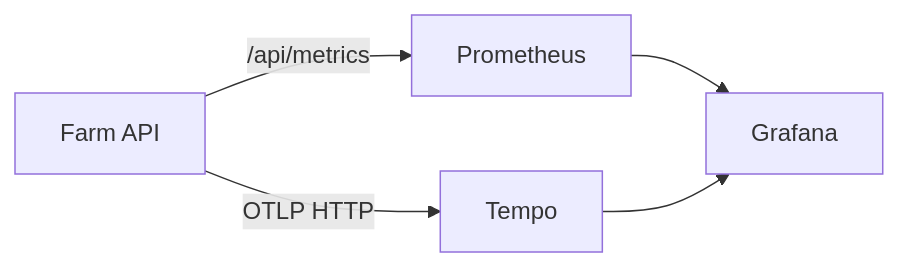
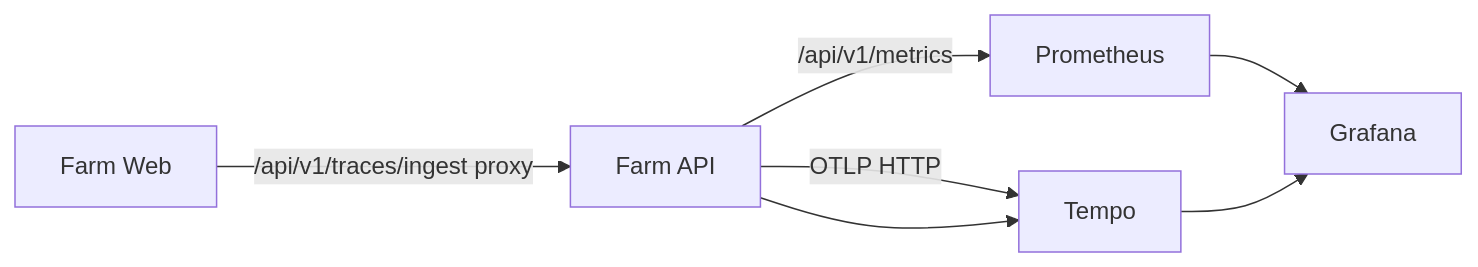
Before and after one commit to Ops-Talks/farm: the diagram in docs/developer-guide/backend/observability.md, drawn with Mermaid. The commit also changed other lines of this file and 3 other files, not shown here.

````diff
--- a/docs/developer-guide/backend/observability.md
+++ b/docs/developer-guide/backend/observability.md
@@ -7,7 +7,9 @@
 ```mermaid
 graph LR
-    A[Farm API] -->|/api/metrics| P[Prometheus]
+    A[Farm API] -->|/api/v1/metrics| P[Prometheus]
     A -->|OTLP HTTP| T[Tempo]
+    W[Farm Web] -->|/api/v1/traces/ingest proxy| A
+    A --> T
     P --> G[Grafana]
     T --> G
 ```
````
